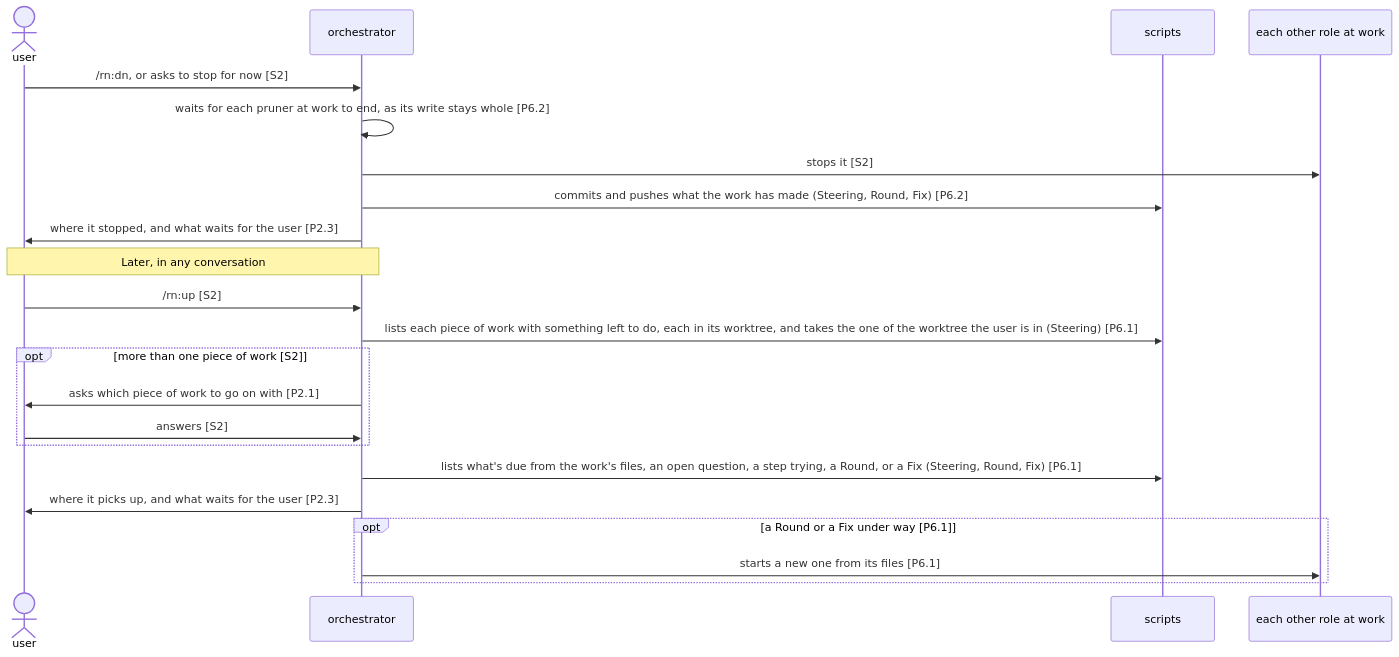
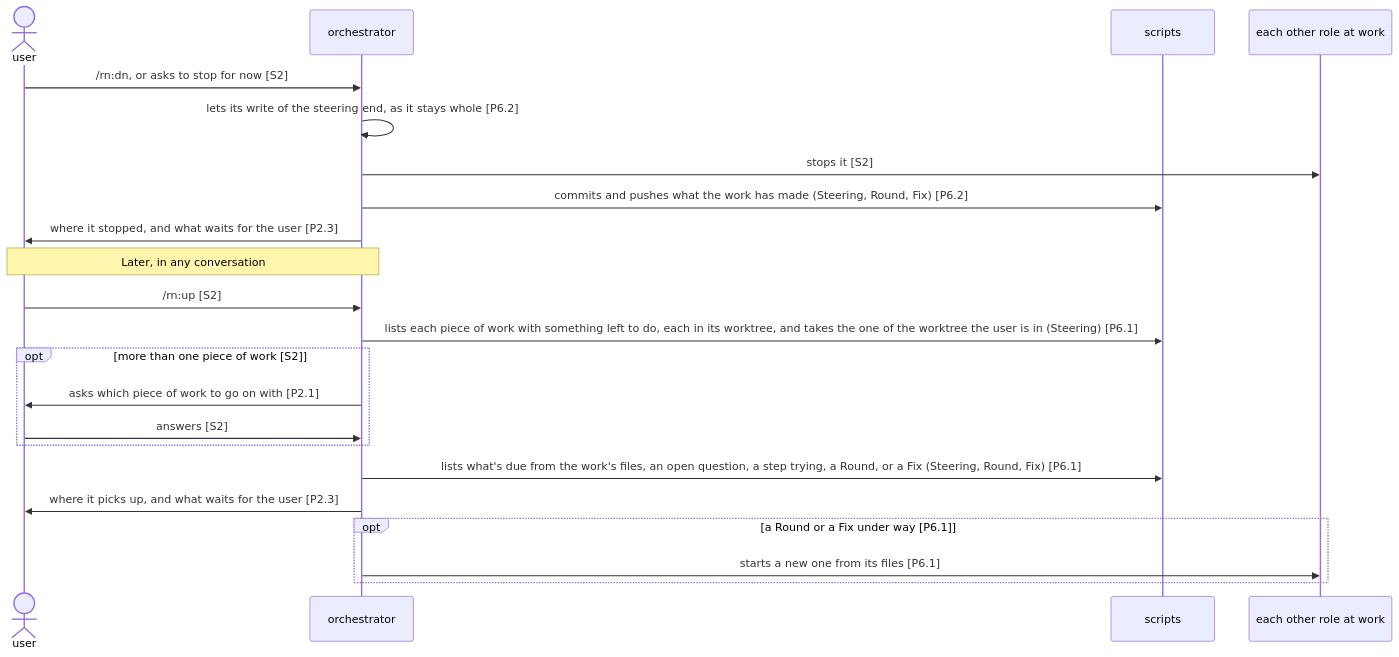
One commit to lovaizu/ccpm changed the second of 3 diagrams in dev/rn/architecture.md. Above: the diagram before and after it, drawn with Mermaid. The commit also changed other lines of this file and 30 other files, not shown here.

````diff
--- a/dev/rn/architecture.md
+++ b/dev/rn/architecture.md
@@ -332,24 +331,24 @@
 ```mermaid
 sequenceDiagram
   actor U as user
   participant O as orchestrator
   participant S as scripts
   participant W as each other role at work
   U->>O: /rn:dn, or asks to stop for now [S2]
-  O->>O: waits for each pruner at work to end, as its write stays whole [P6.2]
+  O->>O: lets its write of the steering end, as it stays whole [P6.2]
   O->>W: stops it [S2]
   O->>S: commits and pushes what the work has made (Steering, Round, Fix) [P6.2]
   O->>U: where it stopped, and what waits for the user [P2.3]
   Note over U,O: Later, in any conversation
   U->>O: /rn:up [S2]
   O->>S: lists each piece of work with something left to do, each in its worktree, and takes the one of the worktree the user is in (Steering) [P6.1]
   opt more than one piece of work [S2]
     O->>U: asks which piece of work to go on with [P2.1]
     U->>O: answers [S2]
   end
   O->>S: lists what's due from the work's files, an open question, a step trying, a Round, or a Fix (Steering, Round, Fix) [P6.1]
   O->>U: where it picks up, and what waits for the user [P2.3]
   opt a Round or a Fix under way [P6.1]
     O->>W: starts a new one from its files [P6.1]
   end
 ```
````
